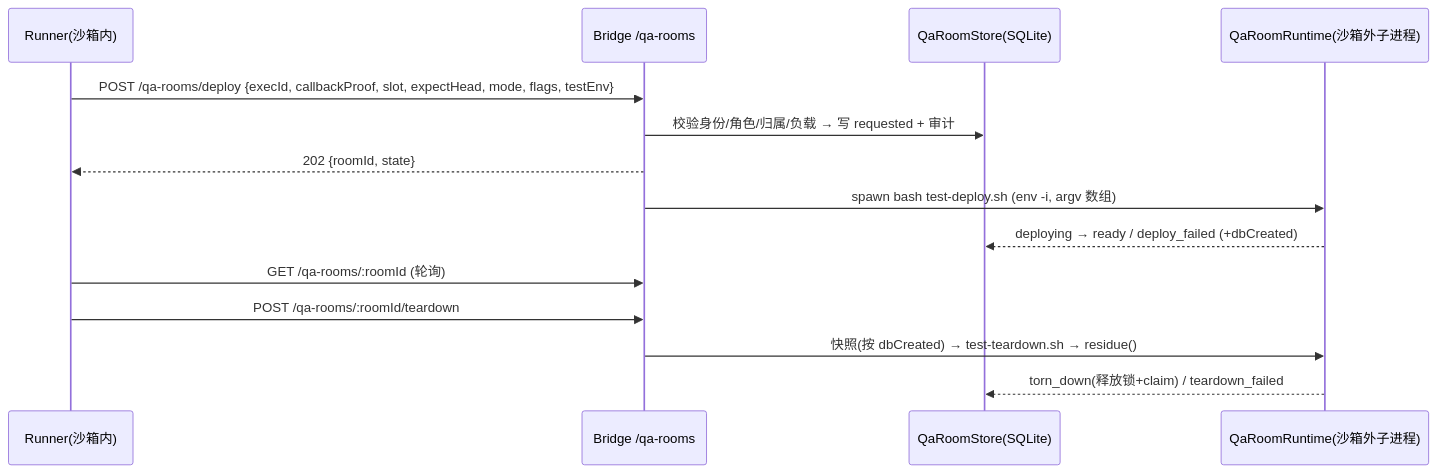
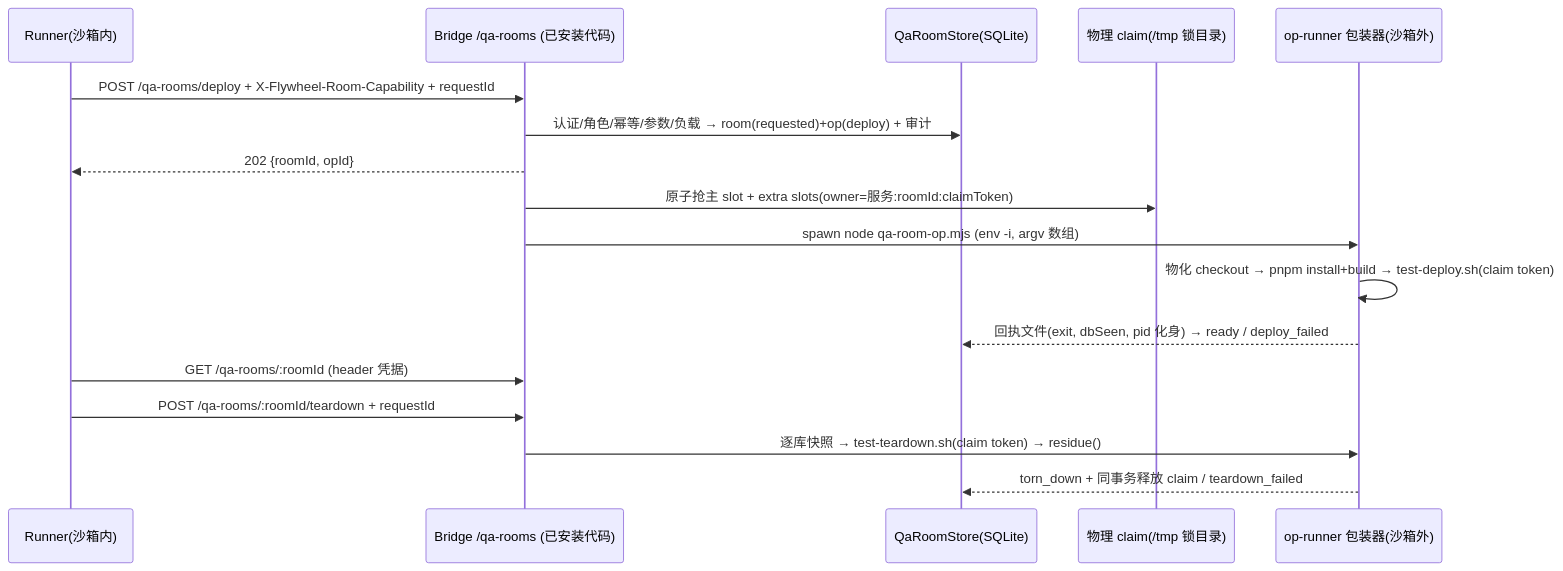
One commit to xrliAnnie/flywheel-qa-sandbox changed the diagram in engineering/doc/FLY-2405-qa-room-service/plan.md. Above: the diagram before and after it, drawn with Mermaid. The commit also changed other lines of this file, not shown here.

````diff
--- a/engineering/doc/FLY-2405-qa-room-service/plan.md
+++ b/engineering/doc/FLY-2405-qa-room-service/plan.md
@@ -16,16 +25,19 @@
 ```mermaid
 sequenceDiagram
   participant R as Runner(沙箱内)
-  participant B as Bridge /qa-rooms
+  participant B as Bridge /qa-rooms (已安装代码)
   participant S as QaRoomStore(SQLite)
-  participant X as QaRoomRuntime(沙箱外子进程)
-  R->>B: POST /qa-rooms/deploy {execId, callbackProof, slot, expectHead, mode, flags, testEnv}
-  B->>S: 校验身份/角色/归属/负载 → 写 requested + 审计
-  B-->>R: 202 {roomId, state}
-  B->>X: spawn bash test-deploy.sh (env -i, argv 数组)
-  X-->>S: deploying → ready / deploy_failed (+dbCreated)
-  R->>B: GET /qa-rooms/:roomId (轮询)
-  R->>B: POST /qa-rooms/:roomId/teardown
-  B->>X: 快照(按 dbCreated) → test-teardown.sh → residue()
-  X-->>S: torn_down(释放锁+claim) / teardown_failed
+  participant L as 物理 claim(/tmp 锁目录)
+  participant W as op-runner 包装器(沙箱外)
+  R->>B: POST /qa-rooms/deploy + X-Flywheel-Room-Capability + requestId
+  B->>S: 认证/角色/幂等/参数/负载 → room(requested)+op(deploy) + 审计
+  B-->>R: 202 {roomId, opId}
+  B->>L: 原子抢主 slot + extra slots(owner=服务:roomId:claimToken)
+  B->>W: spawn node qa-room-op.mjs (env -i, argv 数组)
+  W->>W: 物化 checkout → pnpm install+build → test-deploy.sh(claim token)
+  W-->>S: 回执文件(exit, dbSeen, pid 化身) → ready / deploy_failed
+  R->>B: GET /qa-rooms/:roomId (header 凭据)
+  R->>B: POST /qa-rooms/:roomId/teardown + requestId
+  B->>W: 逐库快照 → test-teardown.sh(claim token) → residue()
+  W-->>S: torn_down + 同事务释放 claim / teardown_failed
 ```
````
